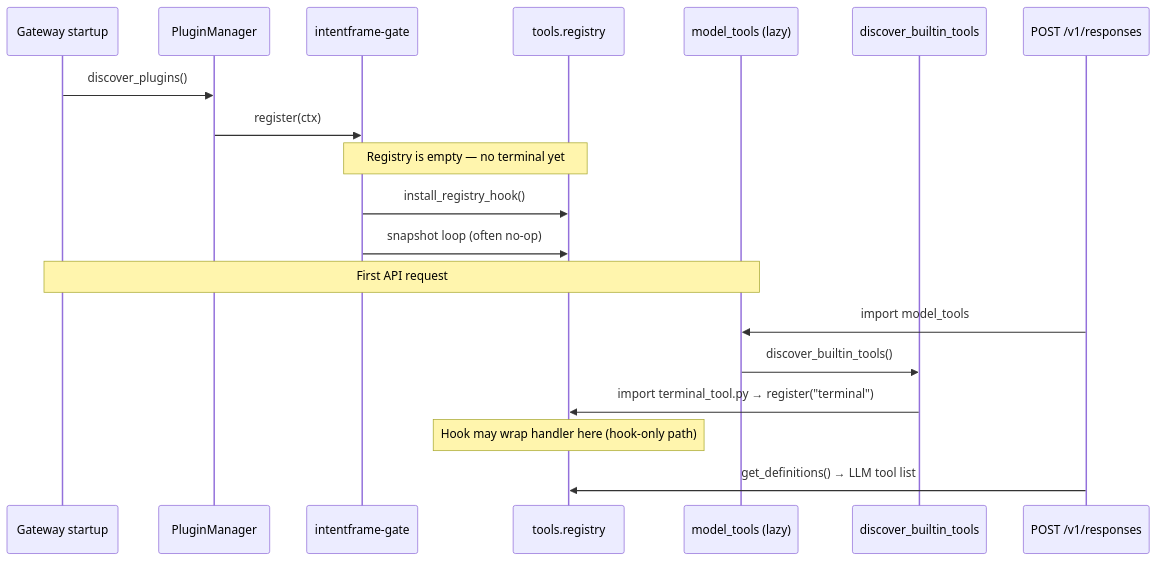
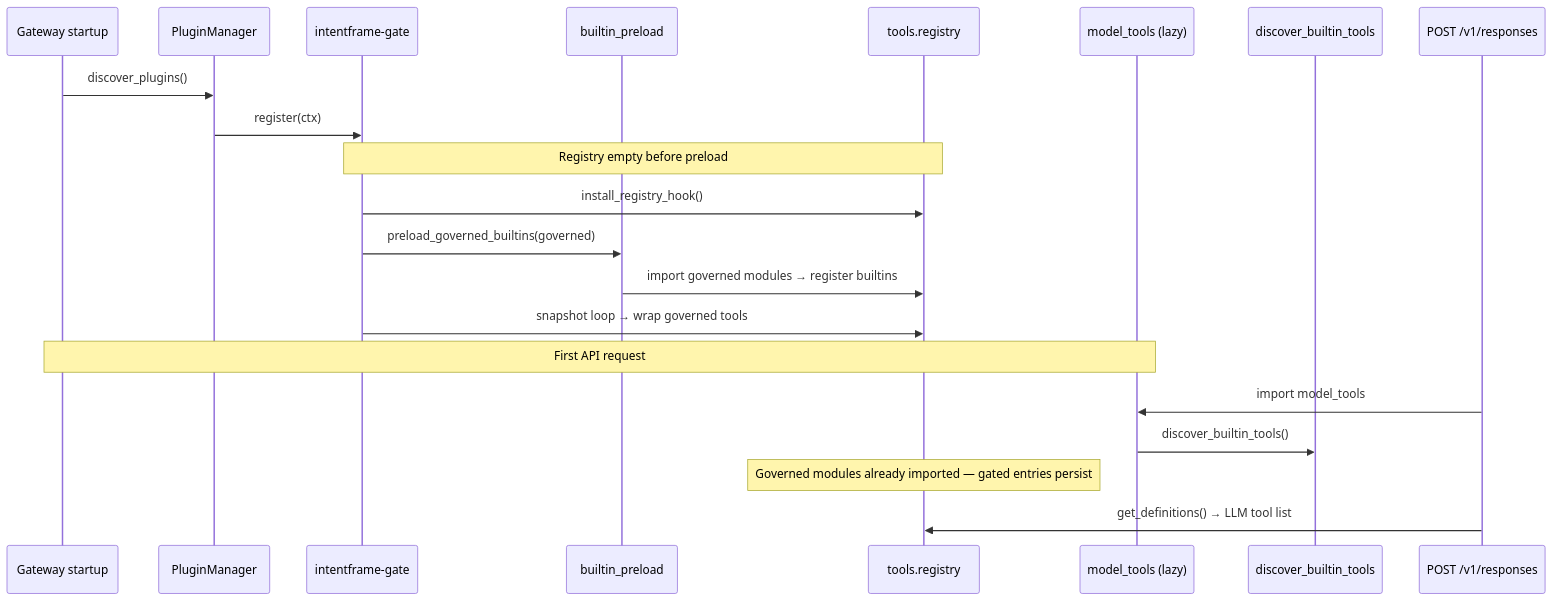
One commit to intentframe/agent-integrations changed the first of 5 diagrams in docs/hermes-plugin-registration-order.md. Above: the diagram before and after it, drawn with Mermaid. The commit also changed other lines of this file and 9 other files, not shown here.

````diff
--- a/docs/hermes-plugin-registration-order.md
+++ b/docs/hermes-plugin-registration-order.md
@@ -30,23 +32,25 @@
 ```mermaid
 sequenceDiagram
     participant GW as Gateway startup
     participant PM as PluginManager
     participant IG as intentframe-gate
+    participant BP as builtin_preload
     participant REG as tools.registry
     participant MT as model_tools (lazy)
     participant BT as discover_builtin_tools
     participant API as POST /v1/responses
 
     GW->>PM: discover_plugins()
     PM->>IG: register(ctx)
-    Note over IG,REG: Registry is empty — no terminal yet
+    Note over IG,REG: Registry empty before preload
     IG->>REG: install_registry_hook()
-    IG->>REG: snapshot loop (often no-op)
+    IG->>BP: preload_governed_builtins(governed)
+    BP->>REG: import governed modules → register builtins
+    IG->>REG: snapshot loop → wrap governed tools
 
     Note over GW,MT: First API request
     API->>MT: import model_tools
     MT->>BT: discover_builtin_tools()
-    BT->>REG: import terminal_tool.py → register("terminal")
-    Note over REG: Hook may wrap handler here (hook-only path)
+    Note over REG: Governed modules already imported — gated entries persist
     API->>REG: get_definitions() → LLM tool list
 ```
````
